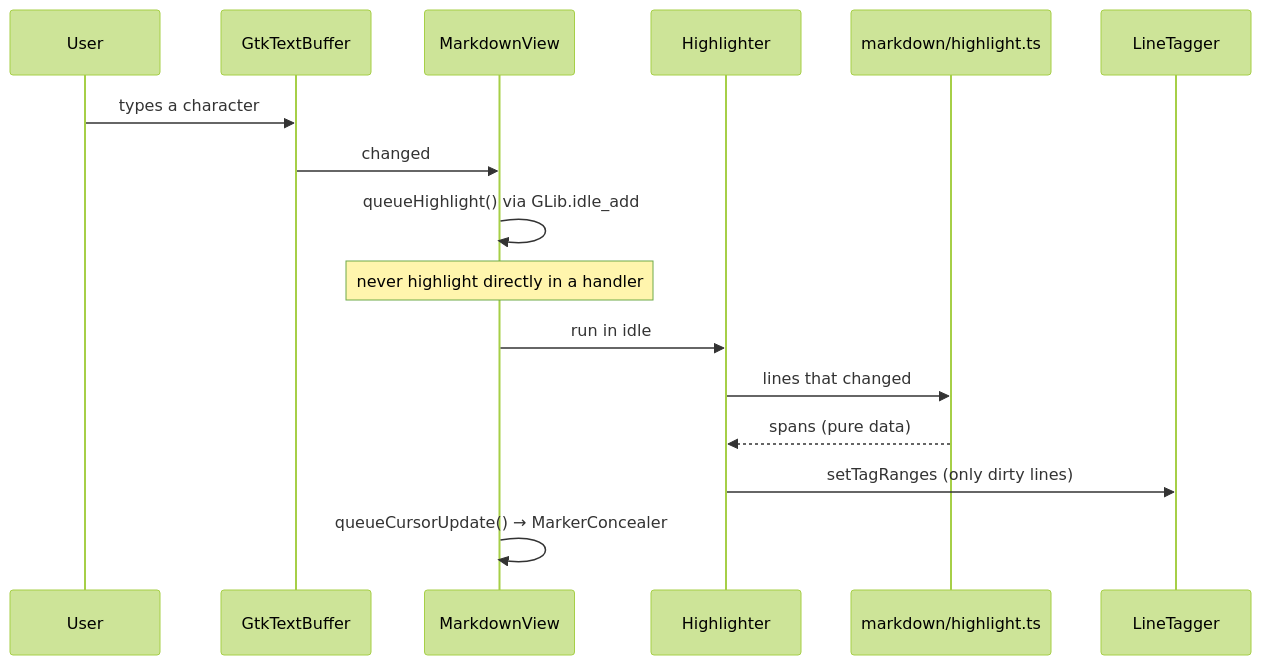
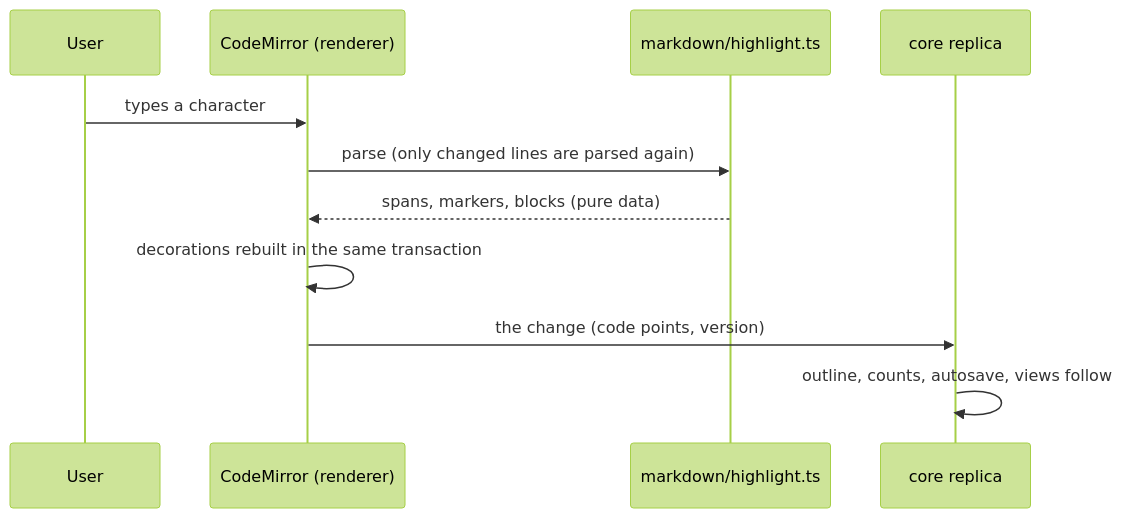
Before and after one commit to EkaPutCom/markwork: the eighth of 16 diagrams in docs/ONBOARDING.md, drawn with Mermaid (forest theme). The commit also changed other lines of this file and 111 other files, not shown here.

First line of the commit message:
docs: Electron-only docs, screenshots, and site (PR C of docs/design/hapus-gtk.md)

````diff
--- a/docs/ONBOARDING.md
+++ b/docs/ONBOARDING.md
@@ -367,18 +320,13 @@
 ```mermaid
 sequenceDiagram
     participant U as User
-    participant B as GtkTextBuffer
-    participant V as MarkdownView
-    participant H as Highlighter
+    participant CM as CodeMirror (renderer)
     participant P as markdown/highlight.ts
-    participant T as LineTagger
-    U->>B: types a character
-    B->>V: changed
-    V->>V: queueHighlight() via GLib.idle_add
-    Note over V: never highlight directly in a handler
-    V->>H: run in idle
-    H->>P: lines that changed
-    P-->>H: spans (pure data)
-    H->>T: setTagRanges (only dirty lines)
-    V->>V: queueCursorUpdate() → MarkerConcealer
+    participant C as core replica
+    U->>CM: types a character
+    CM->>P: parse (only changed lines are parsed again)
+    P-->>CM: spans, markers, blocks (pure data)
+    CM->>CM: decorations rebuilt in the same transaction
+    CM->>C: the change (code points, version)
+    C->>C: outline, counts, autosave, views follow
 ```
````
